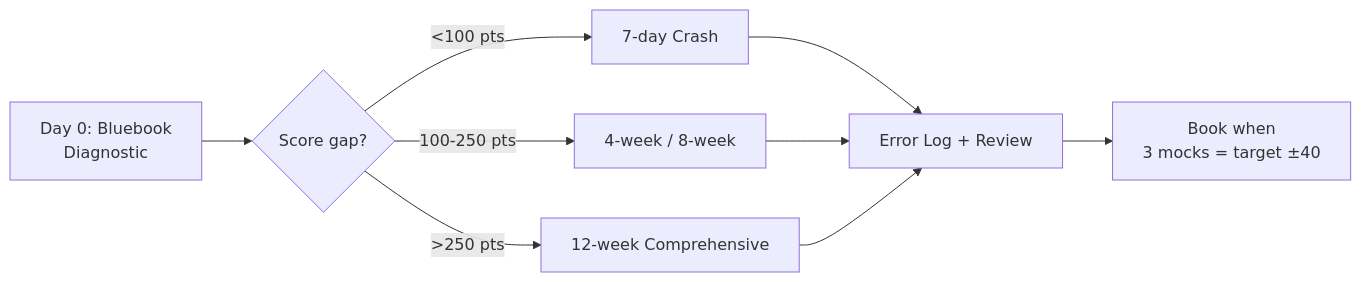
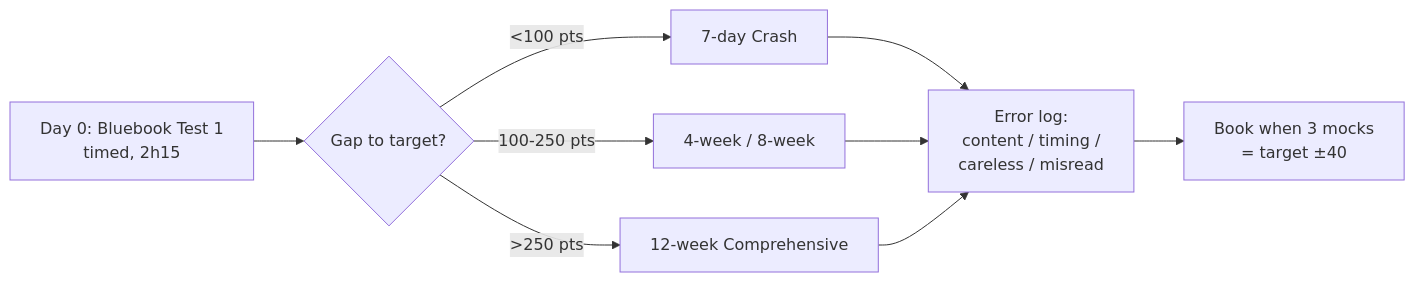
One commit to Flynntaggart26/sat-study-tutor changed the diagram in README.md. Above: the diagram before and after it, drawn with Mermaid. The commit also changed other lines of this file and 22 other files, not shown here.

Commit message:
docs: improve README v2 + expand all content - Desmos sheet, formula sheet, day-by-day plans, 8 AI prompts

````diff
--- a/README.md
+++ b/README.md
@@ -60,11 +79,11 @@
 ```mermaid
 flowchart LR
-  A[Day 0: Bluebook<br/>Diagnostic] --> B{Score gap?}
+  A[Day 0: Bluebook Test 1<br/>timed, 2h15] --> B{Gap to target?}
   B -- <100 pts --> C[7-day Crash]
   B -- 100-250 pts --> D[4-week / 8-week]
   B -- >250 pts --> E[12-week Comprehensive]
-  C --> F[Error Log + Review]
+  C --> F[Error log:<br/>content / timing /<br/>careless / misread]
   D --> F
   E --> F
-  F --> G[Book when<br/>3 mocks = target ±40]
+  F --> G[Book when 3 mocks<br/>= target ±40]
 ```
````
